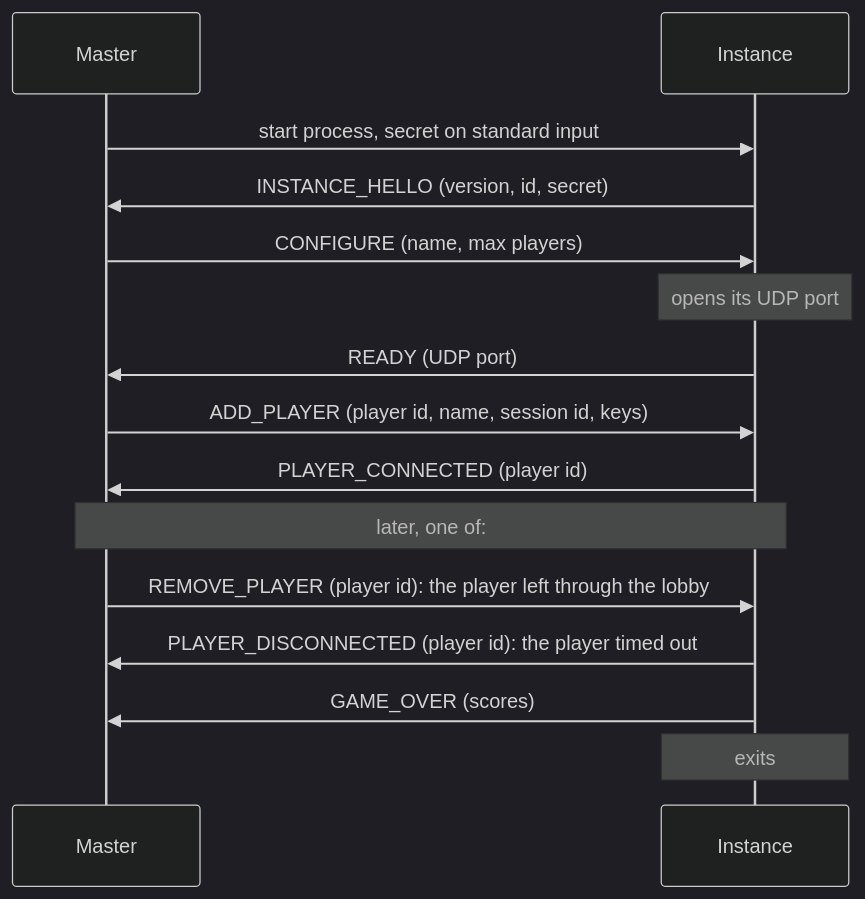
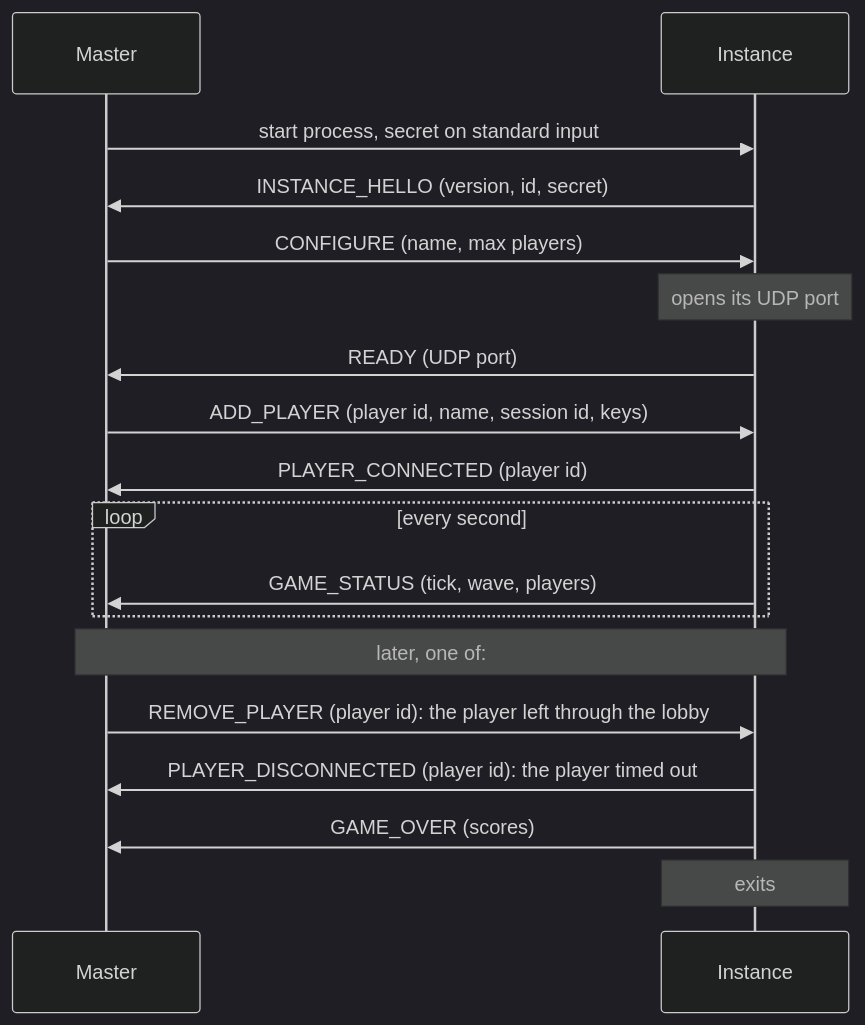
Before and after one commit to Akinator31/Rtype: the diagram in docs/protocol/instances.md, drawn with Mermaid (dark theme). The commit also changed other lines of this file and 1 other file, not shown here.

Commit message:
docs(protocol): GAME_STATUS and version 2 of the instances protocol

````diff
--- a/docs/protocol/instances.md
+++ b/docs/protocol/instances.md
@@ -34,17 +42,20 @@
 ```mermaid
 sequenceDiagram
     participant M as Master
     participant I as Instance
     M->>I: start process, secret on standard input
     I->>M: INSTANCE_HELLO (version, id, secret)
     M->>I: CONFIGURE (name, max players)
     Note over I: opens its UDP port
     I->>M: READY (UDP port)
     M->>I: ADD_PLAYER (player id, name, session id, keys)
     I->>M: PLAYER_CONNECTED (player id)
+    loop every second
+        I->>M: GAME_STATUS (tick, wave, players)
+    end
     Note over M,I: later, one of:
     M->>I: REMOVE_PLAYER (player id): the player left through the lobby
     I->>M: PLAYER_DISCONNECTED (player id): the player timed out
     I->>M: GAME_OVER (scores)
     Note over I: exits
 ```
````
